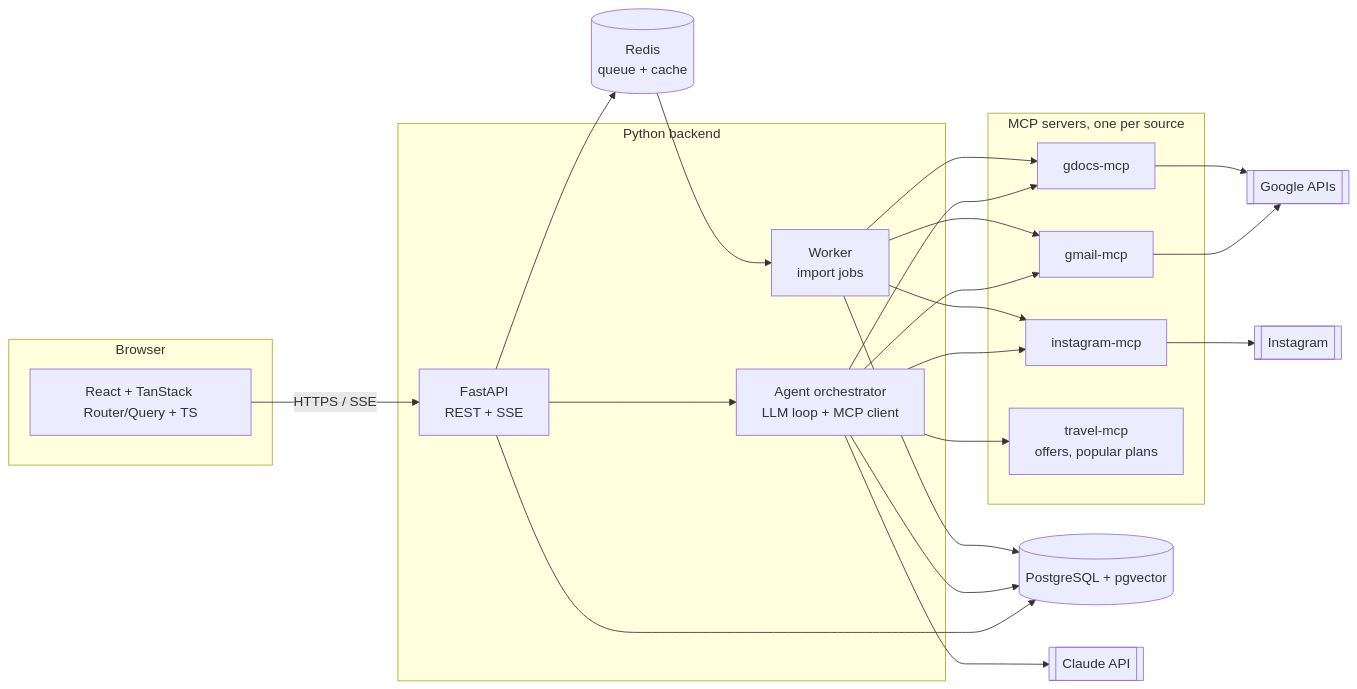
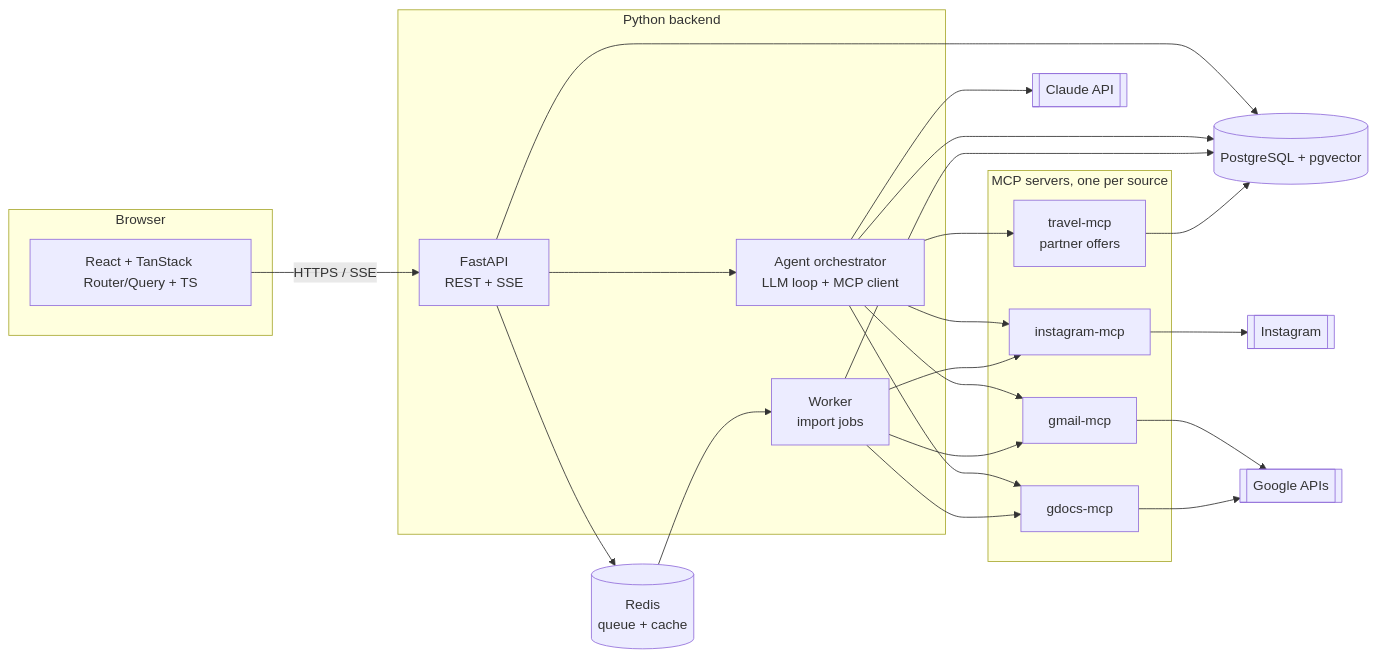
The diagram in docs/ARCHITECTURE.md (loaiattar/Novoya), drawn with Mermaid before and after one commit. The commit also changed other lines of this file, not shown here.

First line of the commit message:
Architecture: build plans from partner offers, store choices on wishes

````diff
--- a/docs/ARCHITECTURE.md
+++ b/docs/ARCHITECTURE.md
@@ -19,35 +22,36 @@
 ```mermaid
 flowchart LR
   subgraph Browser
     W[React + TanStack Router/Query + TS]
   end
 
   subgraph Backend [Python backend]
     API[FastAPI<br/>REST + SSE]
     AG[Agent orchestrator<br/>LLM loop + MCP client]
     WK[Worker<br/>import jobs]
   end
 
   subgraph MCP [MCP servers, one per source]
     MG[gmail-mcp]
     MD[gdocs-mcp]
     MI[instagram-mcp]
-    MT[travel-mcp<br/>offers, popular plans]
+    MT[travel-mcp<br/>partner offers]
   end
 
   DB[(PostgreSQL + pgvector)]
   RQ[(Redis<br/>queue + cache)]
   LLM[[Claude API]]
   G[[Google APIs]]
   IG[[Instagram]]
 
   W -- HTTPS / SSE --> API
   API --> AG
   API --> RQ --> WK
   AG --> LLM
   AG --> MG & MD & MI & MT
   WK --> MG & MD & MI
   MG & MD --> G
   MI --> IG
   API & AG & WK --> DB
+  MT --> DB
 ```
````
